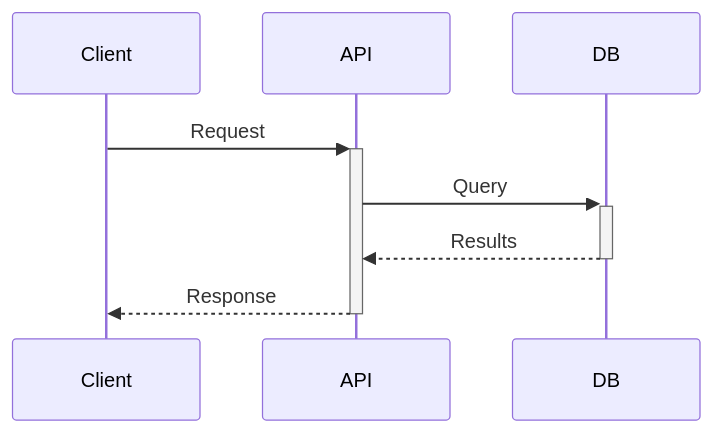
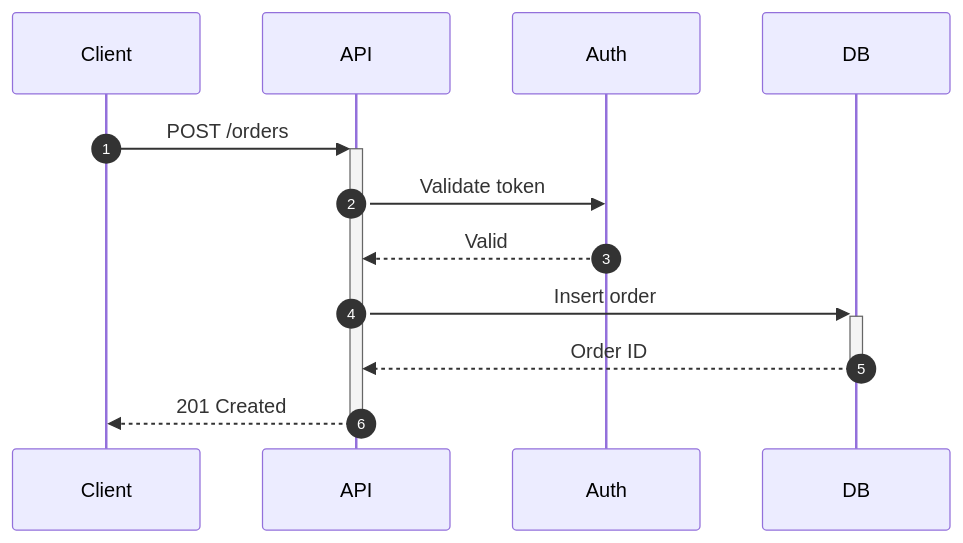
One commit to ccheney/robust-skills changed the second of 4 diagrams in skills/mermaid-diagrams/SKILL.md. Above: the diagram before and after it, drawn with Mermaid. The commit also changed other lines of this file and 9 other files, not shown here.

First line of the commit message:
Update mermaid-diagrams skill with reference documentation

````diff
--- a/skills/mermaid-diagrams/SKILL.md
+++ b/skills/mermaid-diagrams/SKILL.md
@@ -139,7 +105,10 @@
 ```mermaid
 sequenceDiagram
-    Client->>+API: Request
-    API->>+DB: Query
-    DB-->>-API: Results
-    API-->>-Client: Response
+    autonumber
+    Client->>+API: POST /orders
+    API->>Auth: Validate token
+    Auth-->>API: Valid
+    API->>+DB: Insert order
+    DB-->>-API: Order ID
+    API-->>-Client: 201 Created
 ```
````
